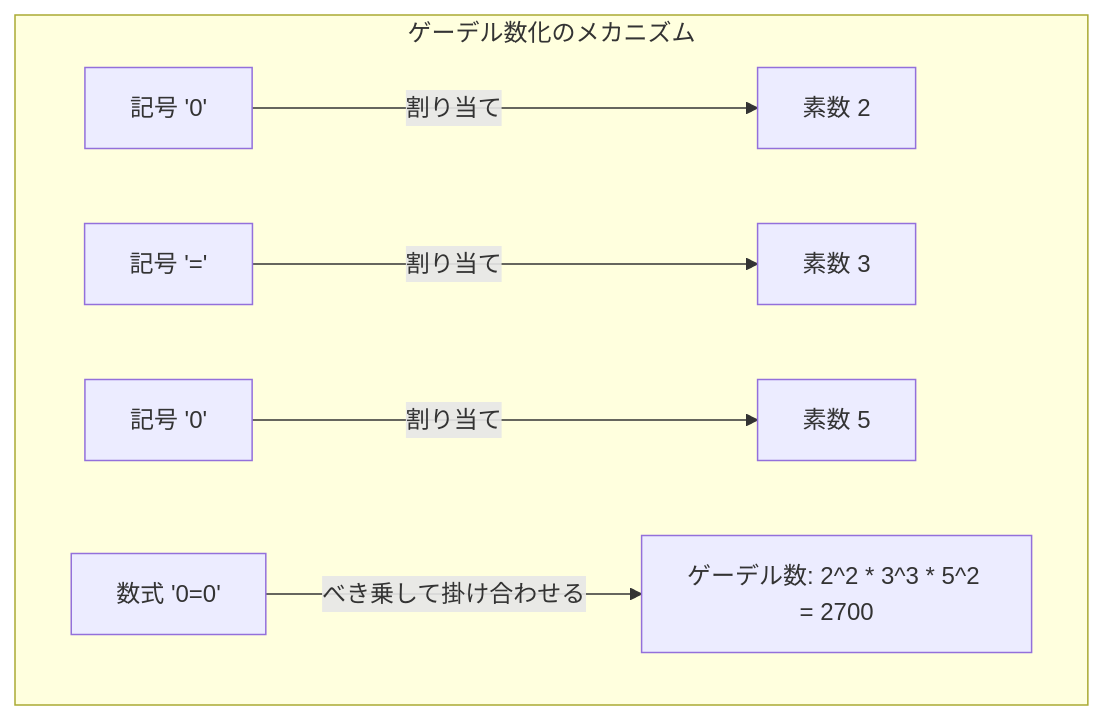
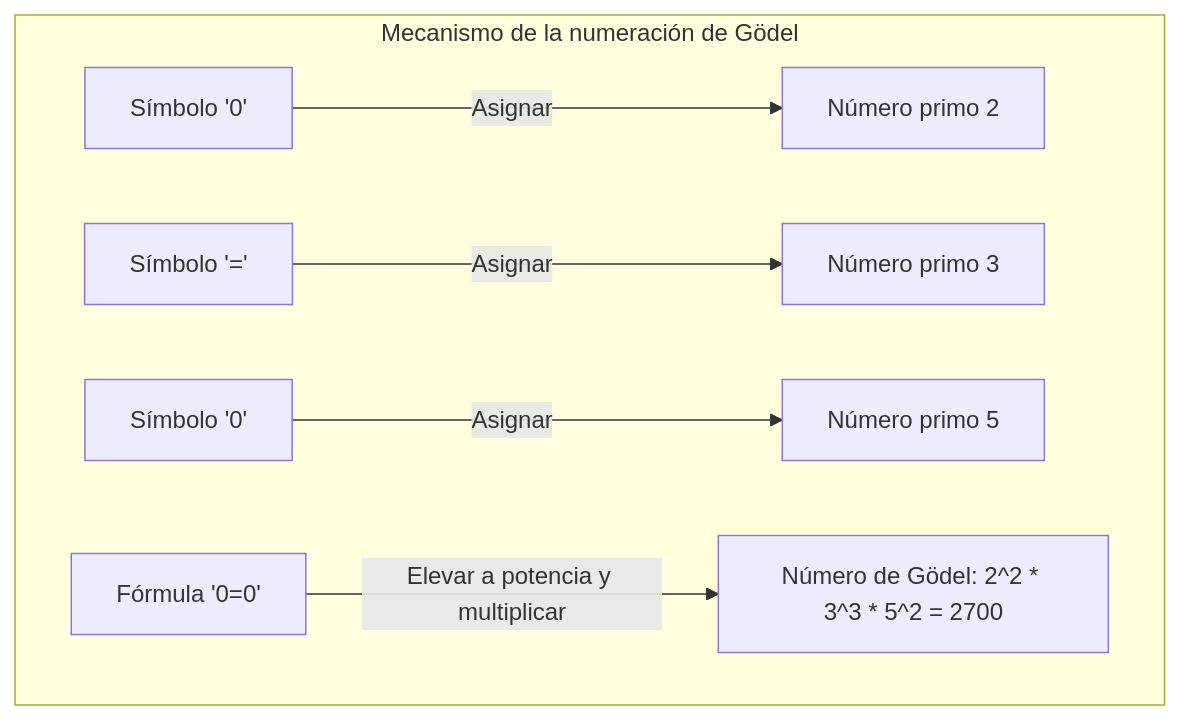
Before and after one commit to kenjinote/blog: the third of 4 diagrams in content/post/godels-incompleteness-theorems/index.es.md, drawn with Mermaid. The commit also changed other lines of this file and 28 other files, not shown here.

Commit message:
Translate Japanese text inside Mermaid diagrams to respective languages

````diff
--- a/content/post/godels-incompleteness-theorems/index.es.md
+++ b/content/post/godels-incompleteness-theorems/index.es.md
@@ -98,9 +98,9 @@
 ```mermaid
 graph TD
-    subgraph "ゲーデル数化のメカニズム"
-        S1["記号 '0'"] -->|"割り当て"| N1["素数 2"]
-        S2["記号 '='"] -->|"割り当て"| N2["素数 3"]
-        S3["記号 '0'"] -->|"割り当て"| N3["素数 5"]
-        F["数式 '0=0'"] -->|"べき乗して掛け合わせる"| GN["ゲーデル数: 2^2 * 3^3 * 5^2 = 2700"]
+    subgraph "Mecanismo de la numeración de Gödel"
+        S1["Símbolo '0'"] -->|"Asignar"| N1["Número primo 2"]
+        S2["Símbolo '='"] -->|"Asignar"| N2["Número primo 3"]
+        S3["Símbolo '0'"] -->|"Asignar"| N3["Número primo 5"]
+        F["Fórmula '0=0'"] -->|"Elevar a potencia y multiplicar"| GN["Número de Gödel: 2^2 * 3^3 * 5^2 = 2700"]
     end
 ```
````
